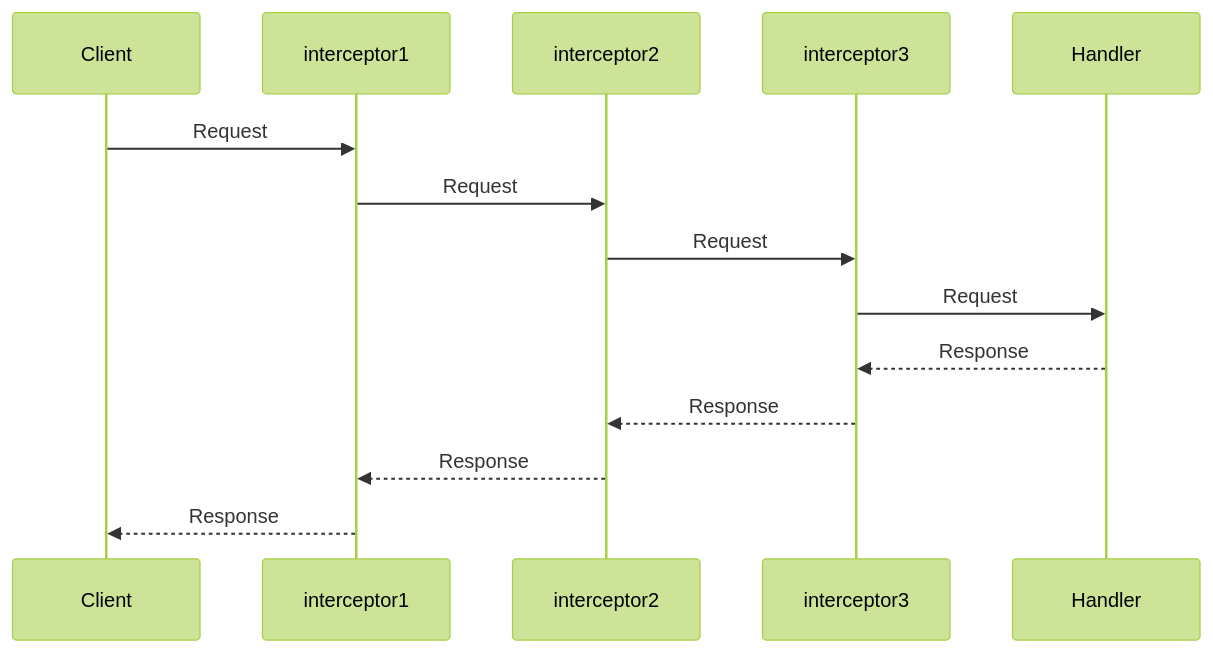
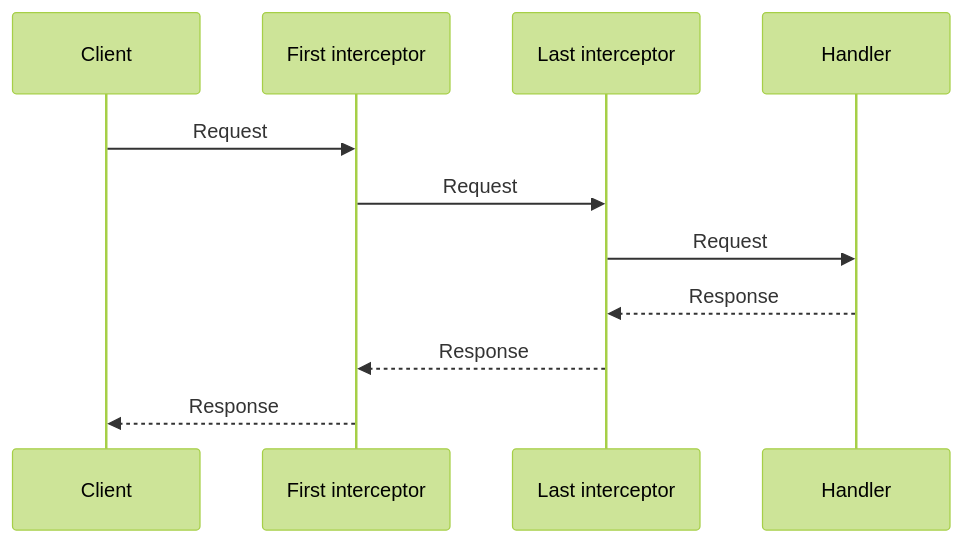
The second of 2 diagrams in en/guide/interceptors/built-in.md (Connectum-Framework/docs), drawn with Mermaid (forest theme) before and after one commit. The commit also changed other lines of this file and 6 other files, not shown here.

First line of the commit message:
docs(diagrams): make wide diagrams readable in the documentation column

````diff
--- a/en/guide/interceptors/built-in.md
+++ b/en/guide/interceptors/built-in.md
@@ -379,17 +379,14 @@
 ```mermaid
 sequenceDiagram
     participant Client
-    participant I1 as interceptor1
-    participant I2 as interceptor2
-    participant I3 as interceptor3
+    participant First as First interceptor
+    participant Last as Last interceptor
     participant Handler
 
-    Client->>I1: Request
-    I1->>I2: Request
-    I2->>I3: Request
-    I3->>Handler: Request
-    Handler-->>I3: Response
-    I3-->>I2: Response
-    I2-->>I1: Response
-    I1-->>Client: Response
+    Client->>First: Request
+    First->>Last: Request
+    Last->>Handler: Request
+    Handler-->>Last: Response
+    Last-->>First: Response
+    First-->>Client: Response
 ```
````
